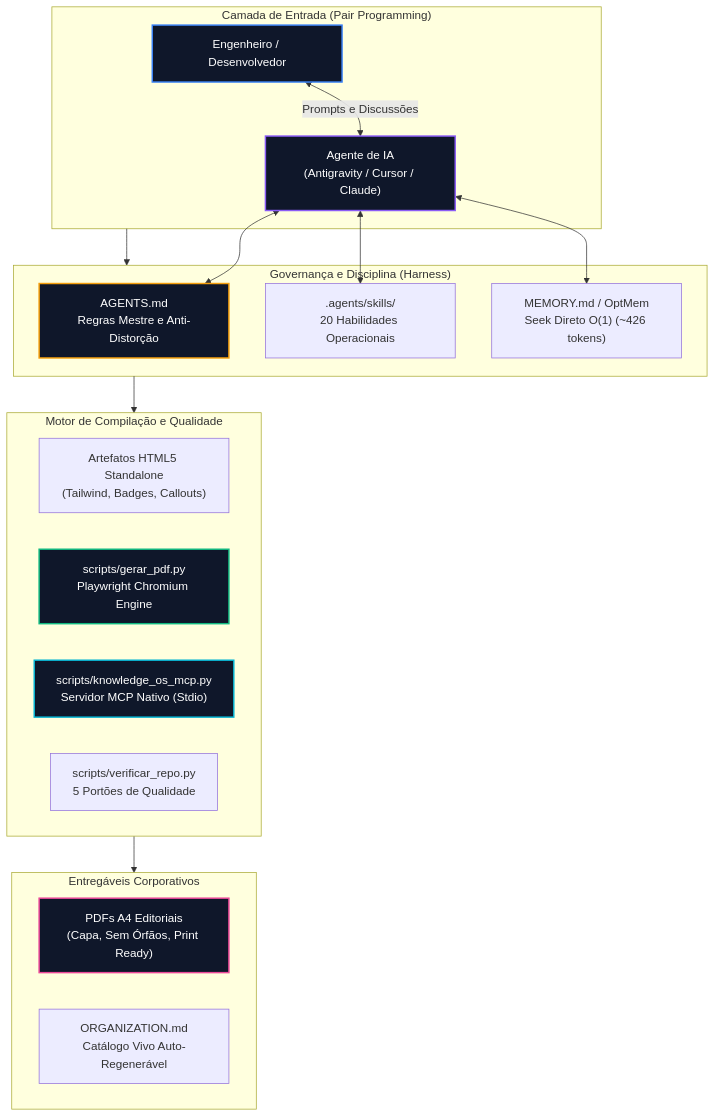
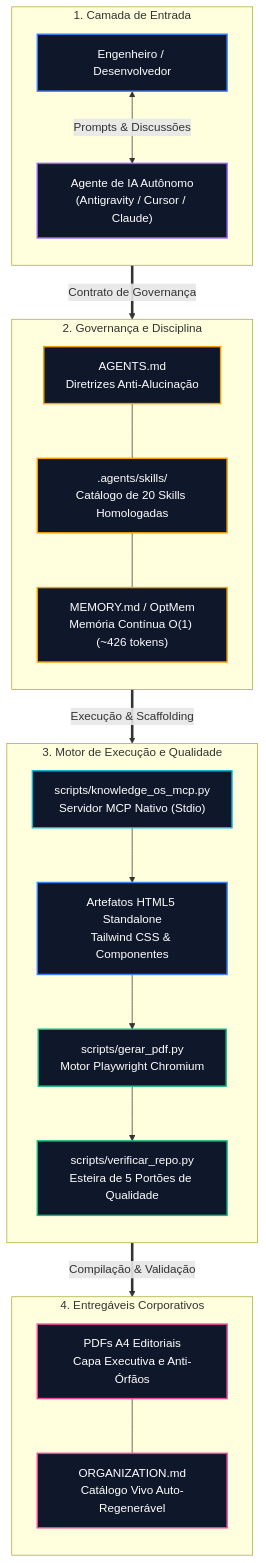
One commit to VictorRubinec/agentic-knowledge-os changed the diagram in README.md. Above: the diagram before and after it, drawn with Mermaid. The commit also changed 2 other files, not shown here.

Commit message:
fix(diagram): resolve text truncation in mermaid using vertical flow and direction TB

````diff
--- a/README.md
+++ b/README.md
@@ -41,35 +41,49 @@
 ```mermaid
 flowchart TD
-    subgraph INPUT["Camada de Entrada (Pair Programming)"]
-        A["Engenheiro / Desenvolvedor"] <-->|"Prompts e Discussões"| B["Agente de IA<br/>(Antigravity / Cursor / Claude)"]
+    subgraph INPUT["1. Camada de Entrada"]
+        direction TB
+        A["Engenheiro / Desenvolvedor"]
+        B["Agente de IA Autônomo<br/>(Antigravity / Cursor / Claude)"]
+        A <-->|"Prompts & Discussões"| B
     end
 
-    subgraph HARNESS["Governança e Disciplina (Harness)"]
-        B <--> C["AGENTS.md<br/>Regras Mestre e Anti-Distorção"]
-        B <--> D[".agents/skills/<br/>20 Habilidades Operacionais"]
-        B <--> M["MEMORY.md / OptMem<br/>Seek Direto O(1) (~426 tokens)"]
+    subgraph HARNESS["2. Governança e Disciplina"]
+        direction TB
+        C["AGENTS.md<br/>Diretrizes Anti-Alucinação"]
+        D[".agents/skills/<br/>Catálogo de 20 Skills Homologadas"]
+        M["MEMORY.md / OptMem<br/>Memória Contínua O(1) (~426 tokens)"]
+        C --- D --- M
     end
 
-    subgraph ENGINE["Motor de Compilação e Qualidade"]
-        E["Artefatos HTML5 Standalone<br/>(Tailwind, Badges, Callouts)"]
-        F["scripts/gerar_pdf.py<br/>Playwright Chromium Engine"]
+    subgraph ENGINE["3. Motor de Execução e Qualidade"]
+        direction TB
         G["scripts/knowledge_os_mcp.py<br/>Servidor MCP Nativo (Stdio)"]
-        K["scripts/verificar_repo.py<br/>5 Portões de Qualidade"]
+        E["Artefatos HTML5 Standalone<br/>Tailwind CSS & Componentes"]
+        F["scripts/gerar_pdf.py<br/>Motor Playwright Chromium"]
+        K["scripts/verificar_repo.py<br/>Esteira de 5 Portões de Qualidade"]
+        G --> E --> F --> K
     end
 
-    subgraph OUTPUT["Entregáveis Corporativos"]
-        H["PDFs A4 Editoriais<br/>(Capa, Sem Órfãos, Print Ready)"]
+    subgraph OUTPUT["4. Entregáveis Corporativos"]
+        direction TB
+        H["PDFs A4 Editoriais<br/>Capa Executiva e Anti-Órfãos"]
         I["ORGANIZATION.md<br/>Catálogo Vivo Auto-Regenerável"]
+        H --- I
     end
 
-    INPUT --> HARNESS
-    HARNESS --> ENGINE
-    ENGINE --> OUTPUT
+    INPUT ==>|"Contrato de Governança"| HARNESS
+    HARNESS ==>|"Execução & Scaffolding"| ENGINE
+    ENGINE ==>|"Compilação & Validação"| OUTPUT
 
     style A fill:#0f172a,stroke:#3b82f6,stroke-width:2px,color:#fff
     style B fill:#0f172a,stroke:#8b5cf6,stroke-width:2px,color:#fff
     style C fill:#0f172a,stroke:#f59e0b,stroke-width:2px,color:#fff
+    style D fill:#0f172a,stroke:#f59e0b,stroke-width:2px,color:#fff
+    style M fill:#0f172a,stroke:#f59e0b,stroke-width:2px,color:#fff
+    style G fill:#0f172a,stroke:#06b6d4,stroke-width:2px,color:#fff
+    style E fill:#0f172a,stroke:#3b82f6,stroke-width:2px,color:#fff
     style F fill:#0f172a,stroke:#10b981,stroke-width:2px,color:#fff
-    style G fill:#0f172a,stroke:#06b6d4,stroke-width:2px,color:#fff
+    style K fill:#0f172a,stroke:#10b981,stroke-width:2px,color:#fff
     style H fill:#0f172a,stroke:#ec4899,stroke-width:2px,color:#fff
+    style I fill:#0f172a,stroke:#ec4899,stroke-width:2px,color:#fff
 ```
````
